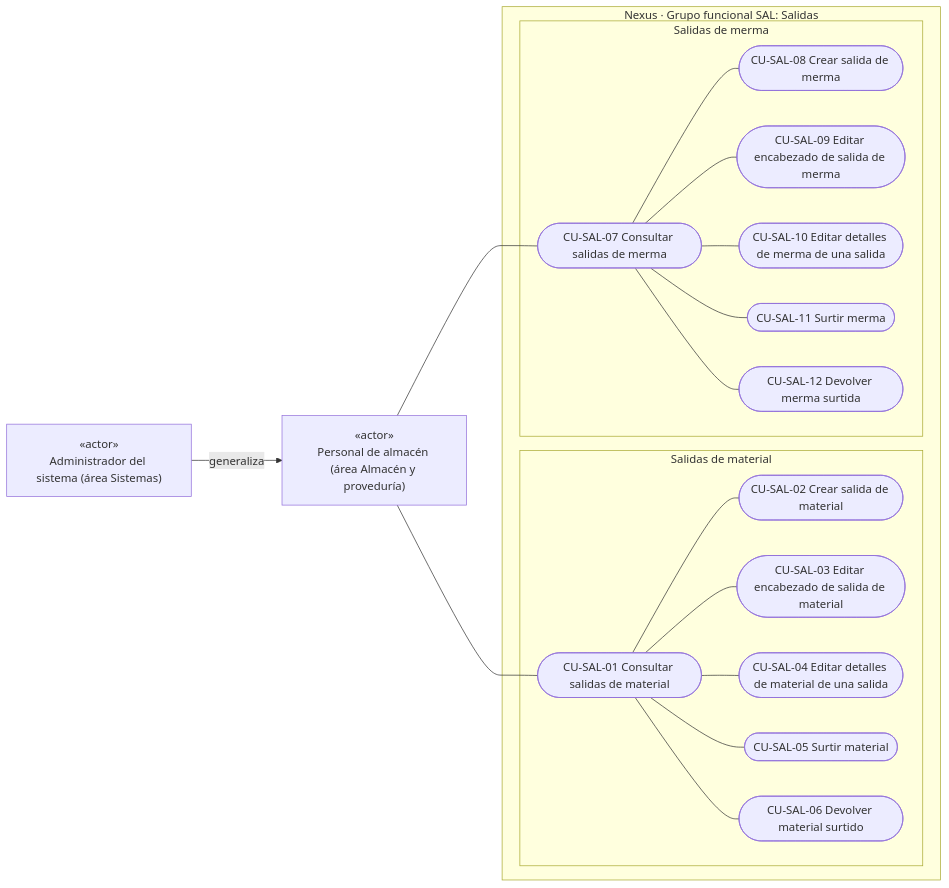
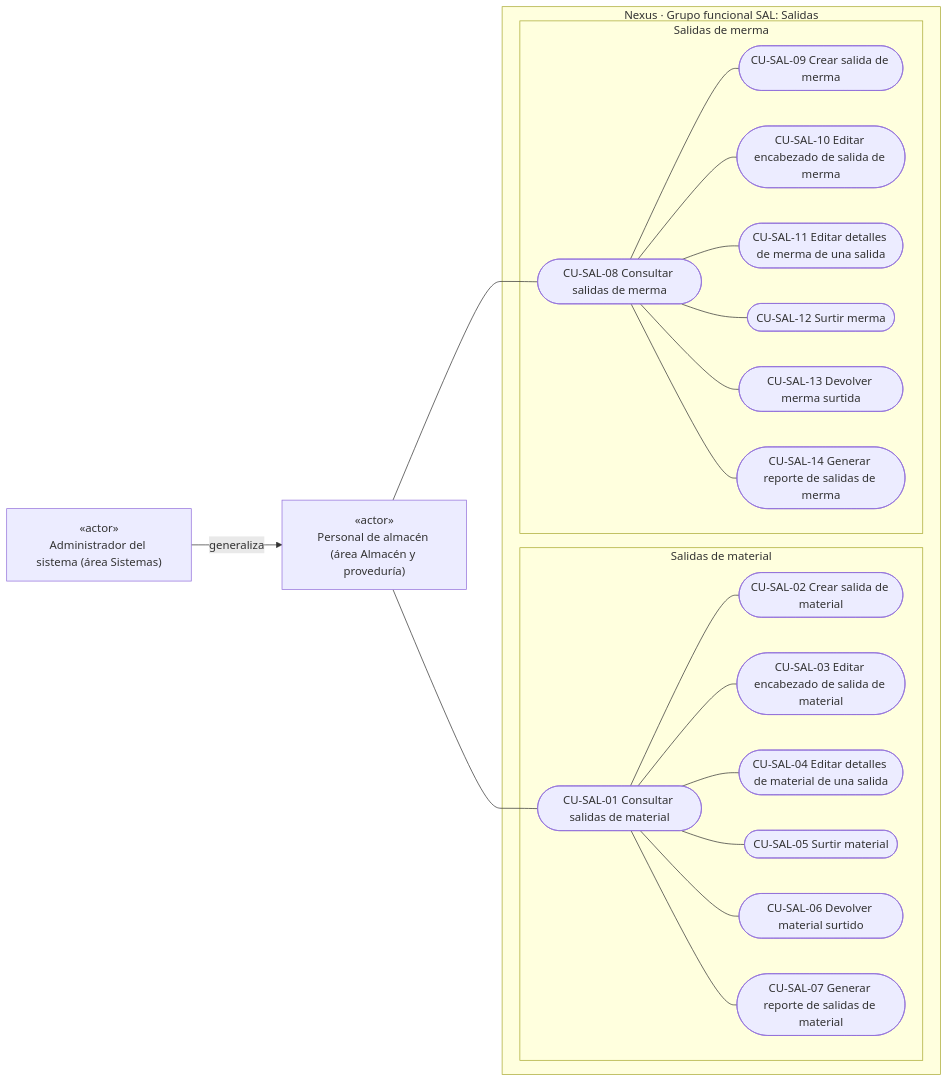
The sixth of 7 diagrams in docs/requirements/domain-and-use-cases.md (gpgsistemas01/nexus), drawn with Mermaid before and after one commit. The commit also changed other lines of this file and 66 other files, not shown here.

````diff
--- a/docs/requirements/domain-and-use-cases.md
+++ b/docs/requirements/domain-and-use-cases.md
@@ -277,38 +304,42 @@
 ```mermaid
 flowchart LR
     warehouse["«actor»<br/>Personal de almacén (área Almacén y proveduría)"]
     admin["«actor»<br/>Administrador del sistema (área Sistemas)"]
     admin -- "generaliza" --> warehouse
 
     subgraph issuePackage["Nexus · Grupo funcional SAL: Salidas"]
         subgraph materialIssueFamily["Salidas de material"]
             ucMaterialIssueQuery(["CU-SAL-01 Consultar salidas de material"])
             ucMaterialIssueCreate(["CU-SAL-02 Crear salida de material"])
             ucMaterialIssueHeader(["CU-SAL-03 Editar encabezado de salida de material"])
             ucMaterialIssueDetails(["CU-SAL-04 Editar detalles de material de una salida"])
             ucMaterialSupply(["CU-SAL-05 Surtir material"])
             ucMaterialReturn(["CU-SAL-06 Devolver material surtido"])
+            ucMaterialIssueReport(["CU-SAL-07 Generar reporte de salidas de material"])
         end
         subgraph wasteIssueFamily["Salidas de merma"]
-            ucWasteIssueQuery(["CU-SAL-07 Consultar salidas de merma"])
-            ucWasteIssueCreate(["CU-SAL-08 Crear salida de merma"])
-            ucWasteIssueHeader(["CU-SAL-09 Editar encabezado de salida de merma"])
-            ucWasteIssueDetails(["CU-SAL-10 Editar detalles de merma de una salida"])
-            ucWasteSupply(["CU-SAL-11 Surtir merma"])
-            ucWasteReturn(["CU-SAL-12 Devolver merma surtida"])
+            ucWasteIssueQuery(["CU-SAL-08 Consultar salidas de merma"])
+            ucWasteIssueCreate(["CU-SAL-09 Crear salida de merma"])
+            ucWasteIssueHeader(["CU-SAL-10 Editar encabezado de salida de merma"])
+            ucWasteIssueDetails(["CU-SAL-11 Editar detalles de merma de una salida"])
+            ucWasteSupply(["CU-SAL-12 Surtir merma"])
+            ucWasteReturn(["CU-SAL-13 Devolver merma surtida"])
+            ucWasteIssueReport(["CU-SAL-14 Generar reporte de salidas de merma"])
         end
     end
 
     warehouse --- ucMaterialIssueQuery
     warehouse --- ucWasteIssueQuery
     ucMaterialIssueQuery --- ucMaterialIssueCreate
     ucMaterialIssueQuery --- ucMaterialIssueHeader
     ucMaterialIssueQuery --- ucMaterialIssueDetails
     ucMaterialIssueQuery --- ucMaterialSupply
     ucMaterialIssueQuery --- ucMaterialReturn
+    ucMaterialIssueQuery --- ucMaterialIssueReport
     ucWasteIssueQuery --- ucWasteIssueCreate
     ucWasteIssueQuery --- ucWasteIssueHeader
     ucWasteIssueQuery --- ucWasteIssueDetails
     ucWasteIssueQuery --- ucWasteSupply
     ucWasteIssueQuery --- ucWasteReturn
+    ucWasteIssueQuery --- ucWasteIssueReport
 ```
````
